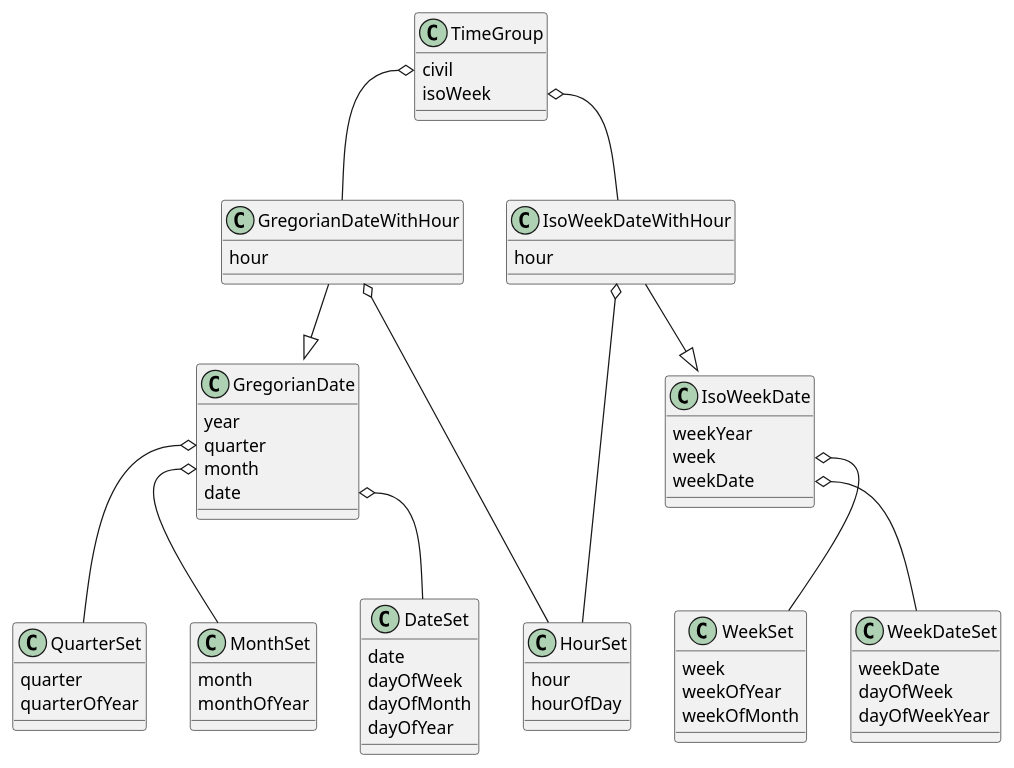
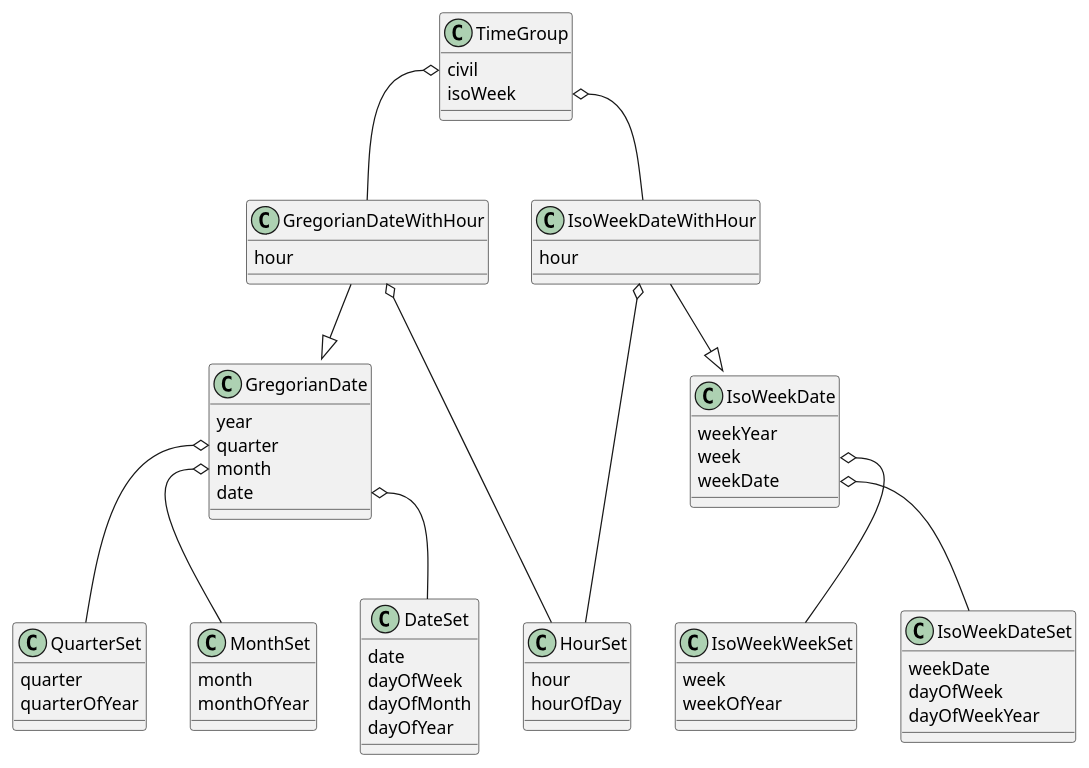
The diagram in docs/analytics/08-time-dimension/diagrams/dimension-group.puml (rekalogika/rekalogika-docs), drawn with PlantUML before and after one commit. The commit also changed 11 other files, not shown here.

```diff
--- a/docs/analytics/08-time-dimension/diagrams/dimension-group.puml
+++ b/docs/analytics/08-time-dimension/diagrams/dimension-group.puml
@@ -1,86 +1,85 @@
 @startuml
 
 ' Group
 
 class TimeGroup {
     civil
     isoWeek
 }
 
 TimeGroup::civil o-- GregorianDateWithHour
 TimeGroup::isoWeek o-- IsoWeekDateWithHour
 
 ' Systems
 
 class GregorianDate {
     year
     quarter
     month
     date
 }
 
 GregorianDate::quarter o-- QuarterSet
 GregorianDate::month o-- MonthSet
 GregorianDate::date o-- DateSet
 
 class GregorianDateWithHour {
     hour
 }
 
 GregorianDateWithHour --|> GregorianDate
 GregorianDateWithHour o--- HourSet
 
 class IsoWeekDate {
     weekYear
     week
     weekDate
 }
 
-IsoWeekDate::week o-- WeekSet
-IsoWeekDate::weekDate o-- WeekDateSet
+IsoWeekDate::week o-- IsoWeekWeekSet
+IsoWeekDate::weekDate o-- IsoWeekDateSet
 
 class IsoWeekDateWithHour {
     hour
 }
 
 IsoWeekDateWithHour --|> IsoWeekDate
 IsoWeekDateWithHour o--- HourSet
 
 ' Sets
 
 class QuarterSet {
     quarter
     quarterOfYear
 }
 
 class MonthSet {
     month
     monthOfYear
 }
 
-class WeekSet {
+class IsoWeekWeekSet {
     week
     weekOfYear
-    weekOfMonth
 }
 
 class DateSet {
     date
     dayOfWeek
     dayOfMonth
     dayOfYear
 }
 
-class WeekDateSet {
+class IsoWeekDateSet {
     weekDate
     dayOfWeek
     dayOfWeekYear
 }
 
 class HourSet {
     hour
     hourOfDay
 }
 
 
 @enduml
```
